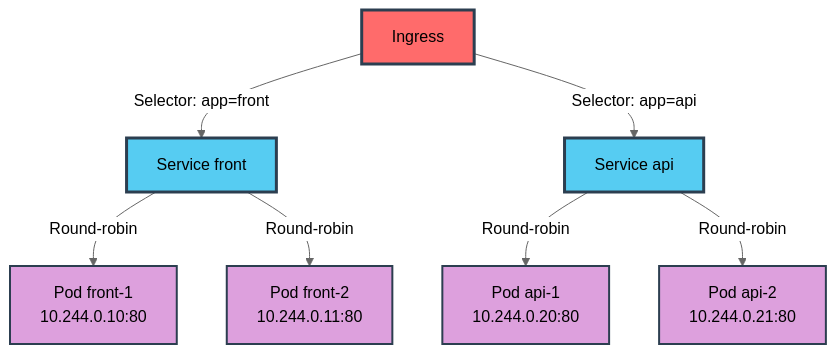
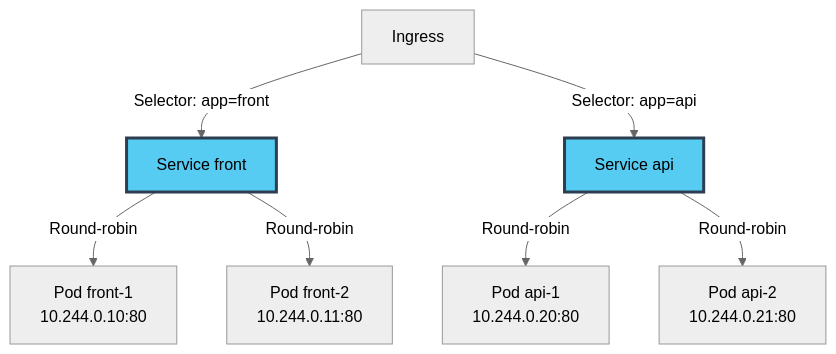
One commit to MPFabio/S4-Ingress-TLS-Config-Secrets changed the fifth of 9 diagrams in docs/ARCHITECTURE.md. Above: the diagram before and after it, drawn with Mermaid (neutral theme). The commit also changed other lines of this file, not shown here.

Commit message:
Application couleurs modernes sur ARCHITECTURE.md S4

````diff
--- a/docs/ARCHITECTURE.md
+++ b/docs/ARCHITECTURE.md
@@ -136,19 +125,14 @@
 ```mermaid
 flowchart TB
     Ingress[Ingress] -->|Selector: app=front| SvcFront[Service front]
     Ingress -->|Selector: app=api| SvcApi[Service api]
     
     SvcFront -->|Round-robin| P1[Pod front-1<br/>10.244.0.10:80]
     SvcFront -->|Round-robin| P2[Pod front-2<br/>10.244.0.11:80]
     
     SvcApi -->|Round-robin| P3[Pod api-1<br/>10.244.0.20:80]
     SvcApi -->|Round-robin| P4[Pod api-2<br/>10.244.0.21:80]
     
     style SvcFront fill:#56CCF2,stroke:#2C3E50,stroke-width:3px,color:#000
     style SvcApi fill:#56CCF2,stroke:#2C3E50,stroke-width:3px,color:#000
-    style Ingress fill:#FF6B6B,stroke:#2C3E50,stroke-width:3px,color:#000
-    style P1 fill:#DDA0DD,stroke:#2C3E50,stroke-width:2px,color:#000
-    style P2 fill:#DDA0DD,stroke:#2C3E50,stroke-width:2px,color:#000
-    style P3 fill:#DDA0DD,stroke:#2C3E50,stroke-width:2px,color:#000
-    style P4 fill:#DDA0DD,stroke:#2C3E50,stroke-width:2px,color:#000
 ```
````
